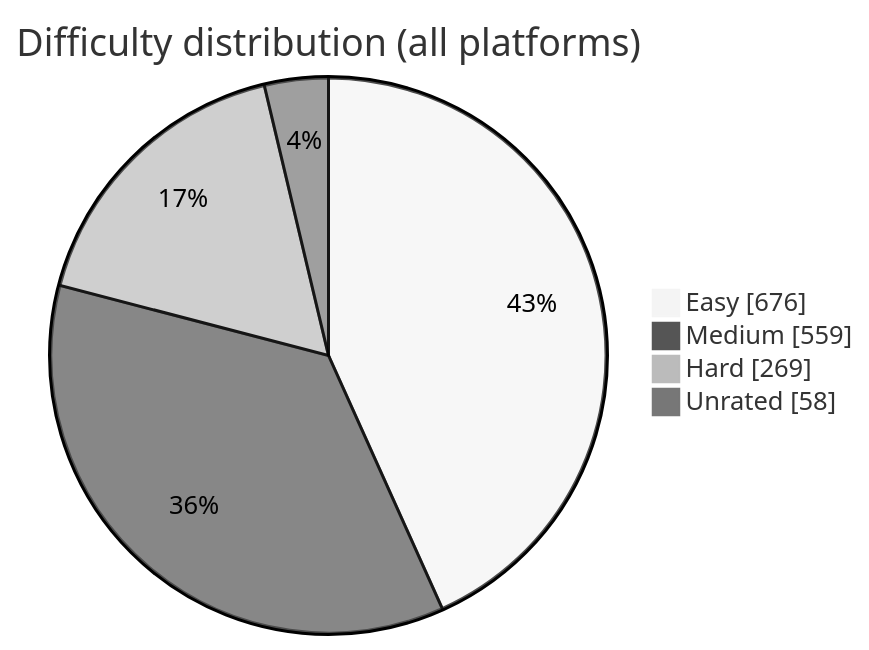
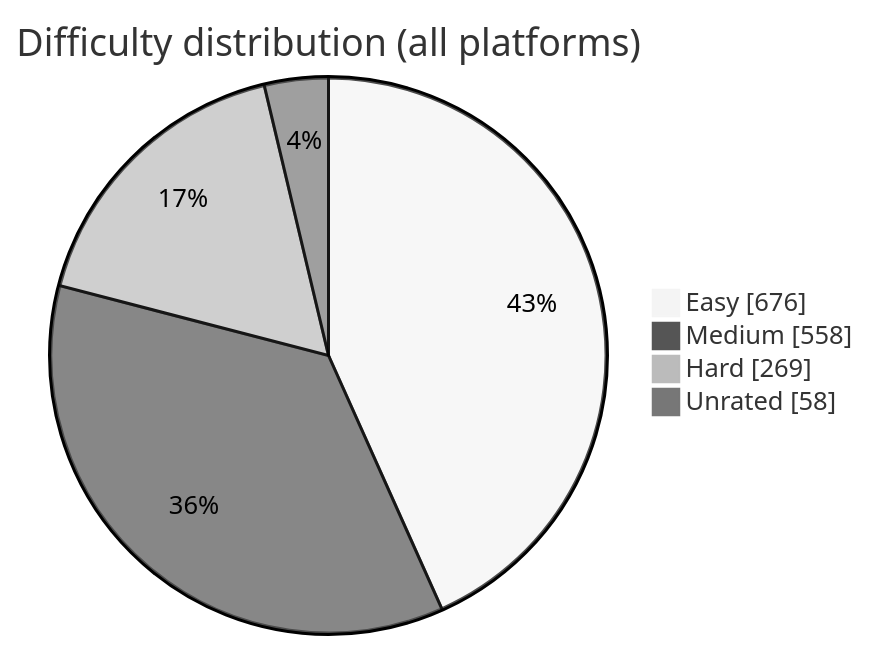
The diagram in README.md (BuildbyArindam/Daily-Coding-Log), drawn with Mermaid (neutral theme) before and after one commit. The commit also changed other lines of this file, not shown here.

````diff
--- a/README.md
+++ b/README.md
@@ -93,7 +93,7 @@
 ```mermaid
 pie showData title Difficulty distribution (all platforms)
     "Easy" : 676
-    "Medium" : 559
+    "Medium" : 558
     "Hard" : 269
     "Unrated" : 58
 ```
````
